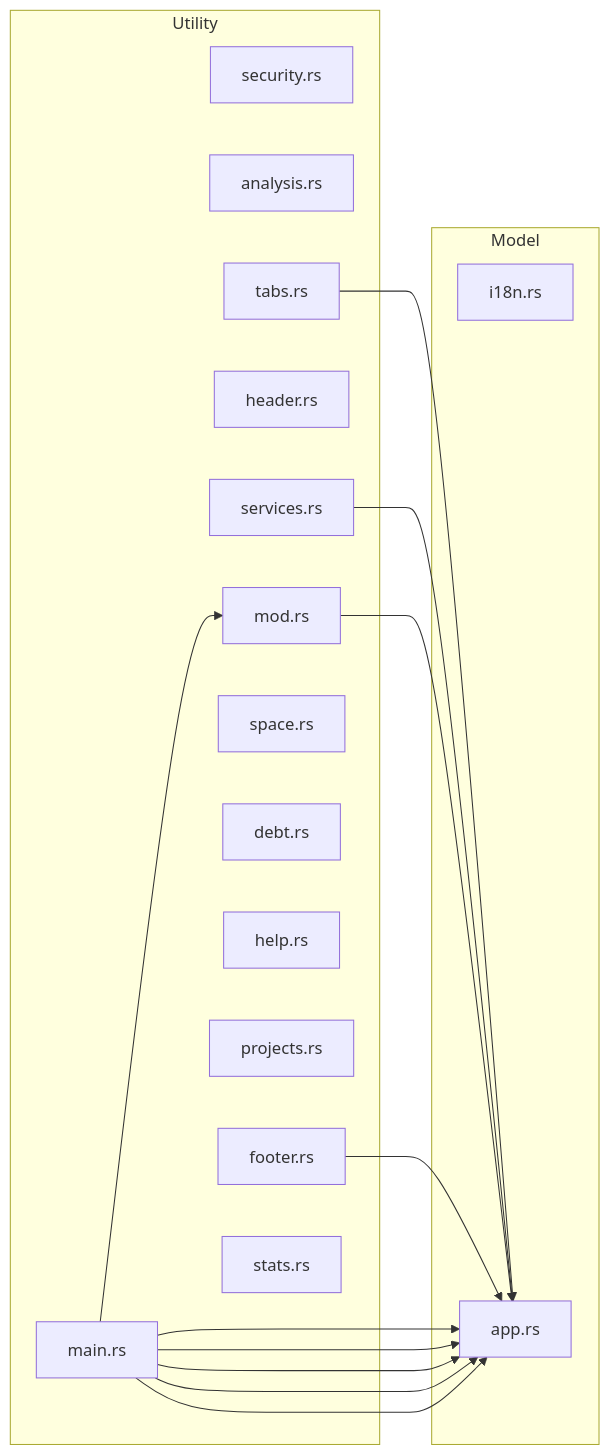
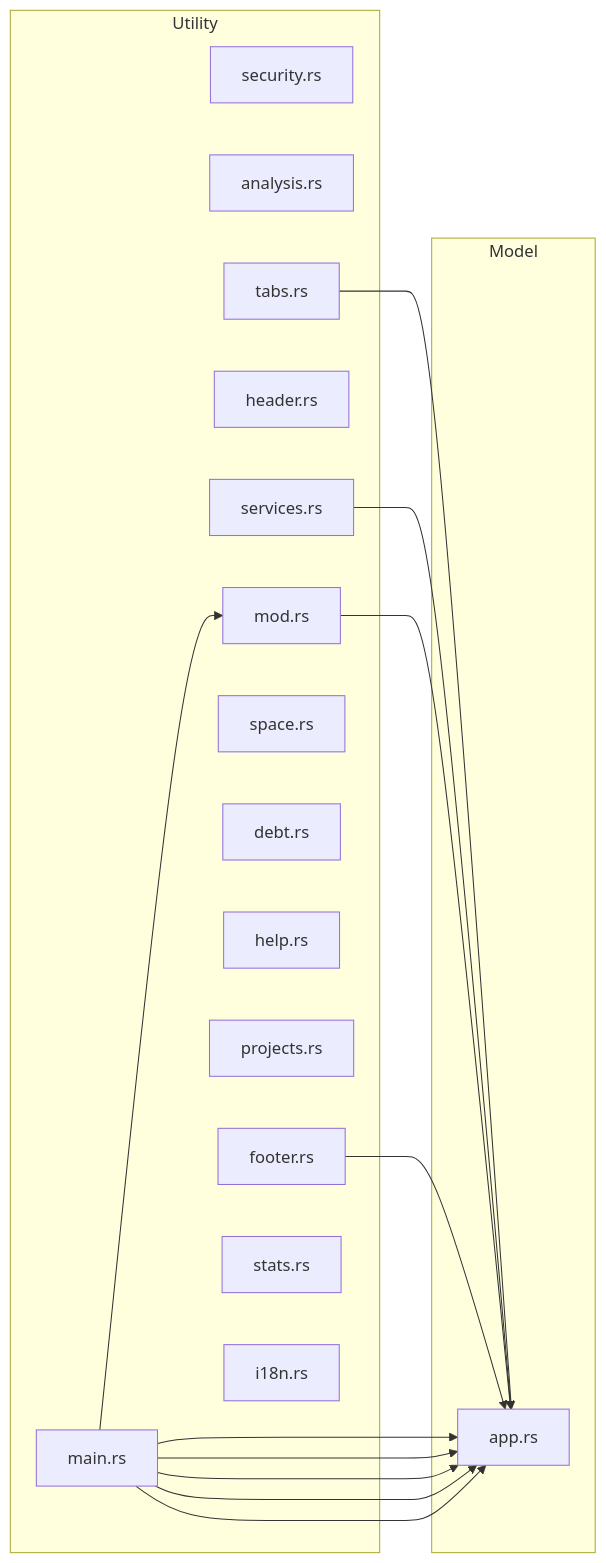
The fourth of 8 diagrams in void-stack-analysis.md (Mague/void-stack), drawn with Mermaid before and after one commit. The commit also changed other lines of this file and 5 other files, not shown here.

First line of the commit message:
fix(structural): cap impact_radius fan-out on TS/JS graphs

````diff
--- a/void-stack-analysis.md
+++ b/void-stack-analysis.md
@@ -935,32 +936,32 @@
 ```mermaid
 graph LR
     subgraph model ["Model"]
-        src_i18n_rs["i18n.rs"]
         src_app_rs["app.rs"]
     end
     subgraph utility ["Utility"]
         src_ui_security_rs["security.rs"]
         src_ui_analysis_rs["analysis.rs"]
         src_ui_tabs_rs["tabs.rs"]
         src_ui_header_rs["header.rs"]
         src_ui_services_rs["services.rs"]
         src_ui_mod_rs["mod.rs"]
         src_ui_space_rs["space.rs"]
         src_ui_debt_rs["debt.rs"]
         src_ui_help_rs["help.rs"]
         src_ui_projects_rs["projects.rs"]
         src_ui_footer_rs["footer.rs"]
         src_ui_stats_rs["stats.rs"]
         src_main_rs["main.rs"]
+        src_i18n_rs["i18n.rs"]
     end
     src_ui_tabs_rs --> src_app_rs
     src_ui_services_rs --> src_app_rs
     src_ui_mod_rs --> src_app_rs
     src_ui_footer_rs --> src_app_rs
     src_main_rs --> src_ui_mod_rs
     src_main_rs --> src_app_rs
     src_main_rs --> src_app_rs
     src_main_rs --> src_app_rs
     src_main_rs --> src_app_rs
     src_main_rs --> src_app_rs
 ```
````
